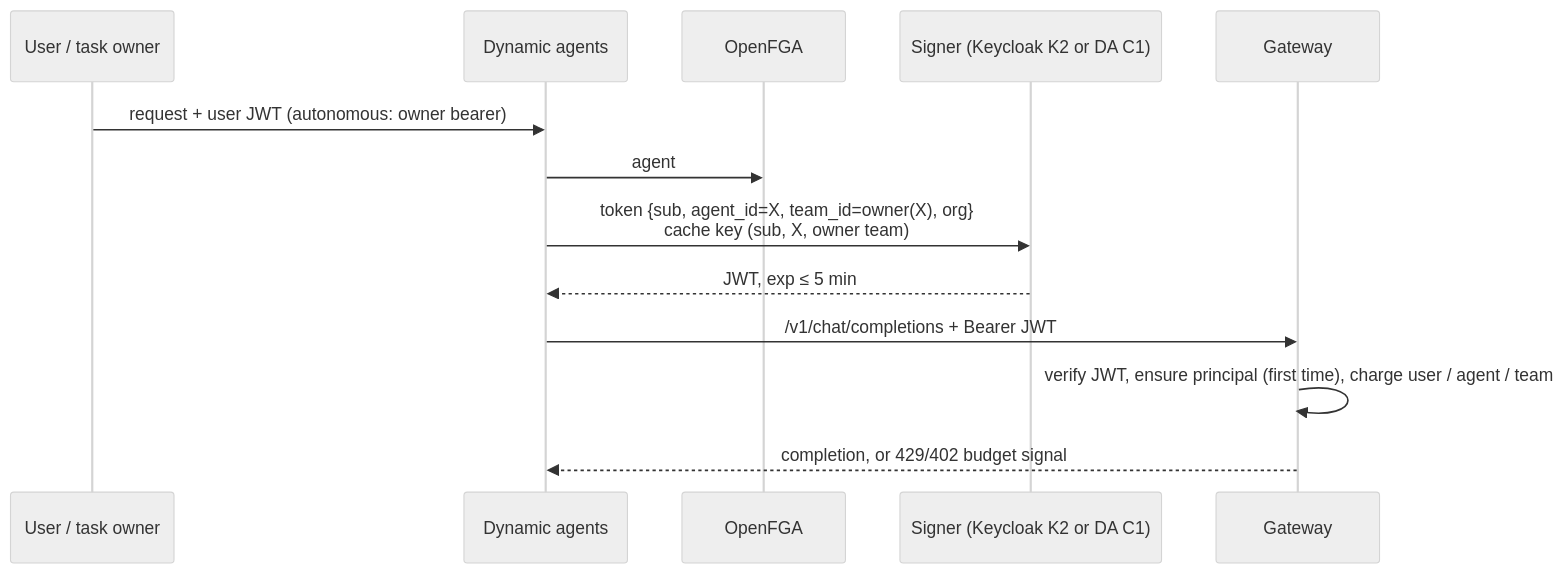
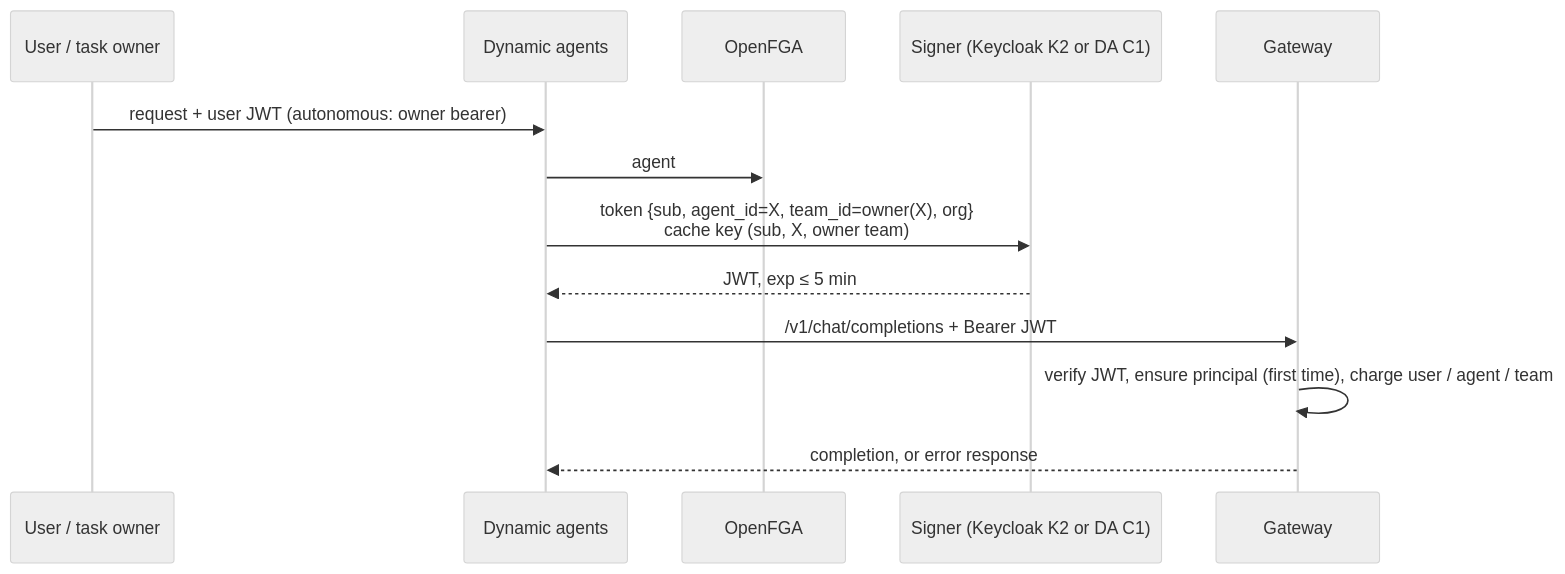
The third of 5 diagrams in docs/docs/specs/2026-10-10-byo-llm-gateway-budgets-quotas/research.md (caipe-io/ai-platform-engineering), drawn with Mermaid (neutral theme) before and after one commit. The commit also changed other lines of this file and 9 other files, not shown here.

````diff
--- a/docs/docs/specs/2026-10-10-byo-llm-gateway-budgets-quotas/research.md
+++ b/docs/docs/specs/2026-10-10-byo-llm-gateway-budgets-quotas/research.md
@@ -131,15 +131,15 @@
 ```mermaid
 sequenceDiagram
   participant U as User / task owner
   participant DA as Dynamic agents
   participant FGA as OpenFGA
   participant S as Signer (Keycloak K2 or DA C1)
   participant GW as Gateway
   U->>DA: request + user JWT (autonomous: owner bearer)
   DA->>FGA: agent#can_use X? llm_model#can_read M? (once per turn)
   DA->>S: token {sub, agent_id=X, team_id=owner(X), org}<br/>cache key (sub, X, owner team)
   S-->>DA: JWT, exp ≤ 5 min
   DA->>GW: /v1/chat/completions + Bearer JWT
   GW->>GW: verify JWT, ensure principal (first time), charge user / agent / team
-  GW-->>DA: completion, or 429/402 budget signal
+  GW-->>DA: completion, or error response
 ```
````
